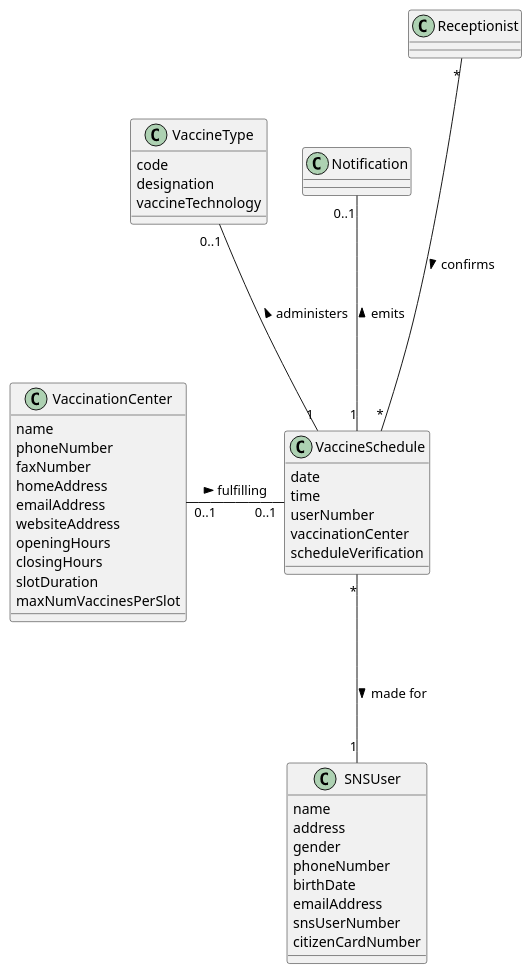
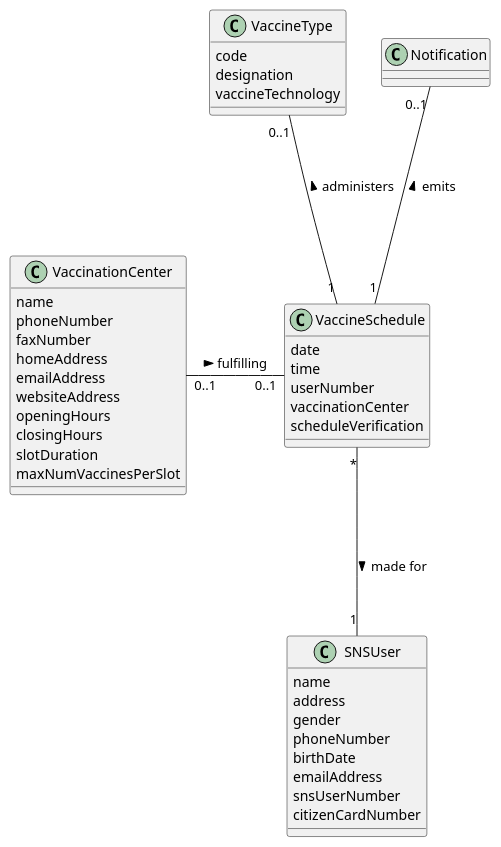
Before and after one commit to diogonapoles/isep-lapr2: the diagram in docs/SprintC/US1/US1_DM.puml, drawn with PlantUML. The commit also changed 5 other files, not shown here.

```diff
--- a/docs/SprintC/US1/US1_DM.puml
+++ b/docs/SprintC/US1/US1_DM.puml
@@ -1,54 +1,51 @@
 @startuml
 'https://plantuml.com/sequence-diagram
 
 class VaccineSchedule{
 date
 time
 userNumber
 vaccinationCenter
 scheduleVerification
 }
 
 class Notification
-
-class Receptionist
 
 class SNSUser{
 name
 address
 gender
 phoneNumber
 birthDate
 emailAddress
 snsUserNumber
 citizenCardNumber
 }
 
 class VaccineType{
 code
 designation
 vaccineTechnology
 }
 
 class VaccinationCenter{
 name
 phoneNumber
 faxNumber
 homeAddress
 emailAddress
 websiteAddress
 openingHours
 closingHours
 slotDuration
 maxNumVaccinesPerSlot
 }
 
-Receptionist "*" -down--- "*" VaccineSchedule : confirms >
 
 VaccinationCenter "0..1" -right- "0..1" VaccineSchedule : > fulfilling
 
 VaccineSchedule "1" -up-- "0..1" Notification : emits >
 
 VaccineSchedule "*" -down-- "1" SNSUser : made for >
 VaccineSchedule "1" -up-- "0..1" VaccineType : administers >
 @enduml
```
